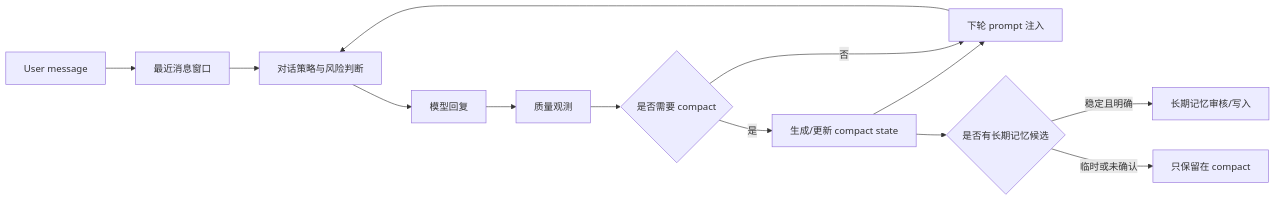
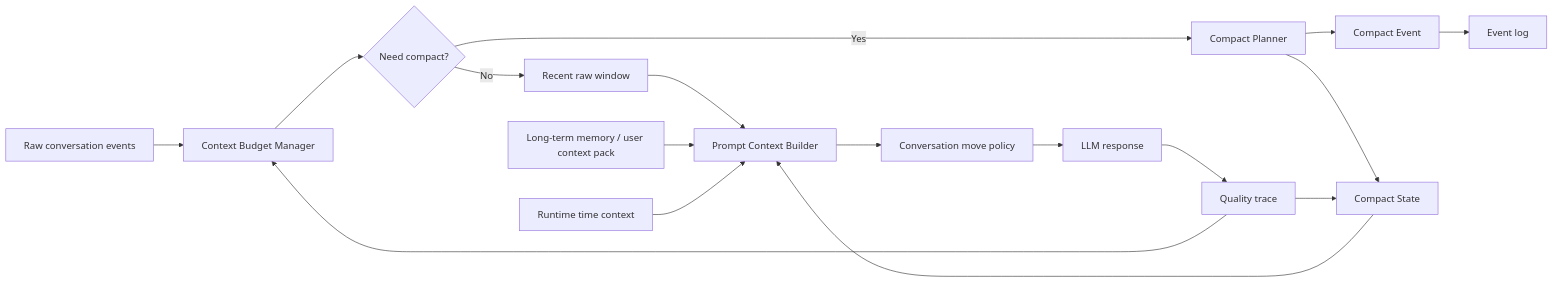
Before and after one commit to xiaoze123kk/psy-agent: the diagram in docs/superpowers/specs/2026-05-17-conversation-compact-context-design.md, drawn with Mermaid. The commit also changed other lines of this file, not shown here.

Commit message:
docs: 重写对话 compact 设计

````diff
--- a/docs/superpowers/specs/2026-05-17-conversation-compact-context-design.md
+++ b/docs/superpowers/specs/2026-05-17-conversation-compact-context-design.md
@@ -148,15 +81,19 @@
 ```mermaid
 flowchart LR
-    A["User message"] --> B["最近消息窗口"]
-    B --> C["对话策略与风险判断"]
-    C --> D["模型回复"]
-    D --> E["质量观测"]
-    E --> F{"是否需要 compact"}
-    F -- "是" --> G["生成/更新 compact state"]
-    G --> H["下轮 prompt 注入"]
-    F -- "否" --> H
-    H --> C
-    G --> I{"是否有长期记忆候选"}
-    I -- "稳定且明确" --> J["长期记忆审核/写入"]
-    I -- "临时或未确认" --> K["只保留在 compact"]
+    A["Raw conversation events"] --> B["Context Budget Manager"]
+    B --> C{"Need compact?"}
+    C -- "No" --> D["Recent raw window"]
+    C -- "Yes" --> E["Compact Planner"]
+    E --> F["Compact Event"]
+    E --> G["Compact State"]
+    F --> H["Event log"]
+    G --> I["Prompt Context Builder"]
+    D --> I
+    J["Long-term memory / user context pack"] --> I
+    K["Runtime time context"] --> I
+    I --> L["Conversation move policy"]
+    L --> M["LLM response"]
+    M --> N["Quality trace"]
+    N --> B
+    N --> G
 ```
````
